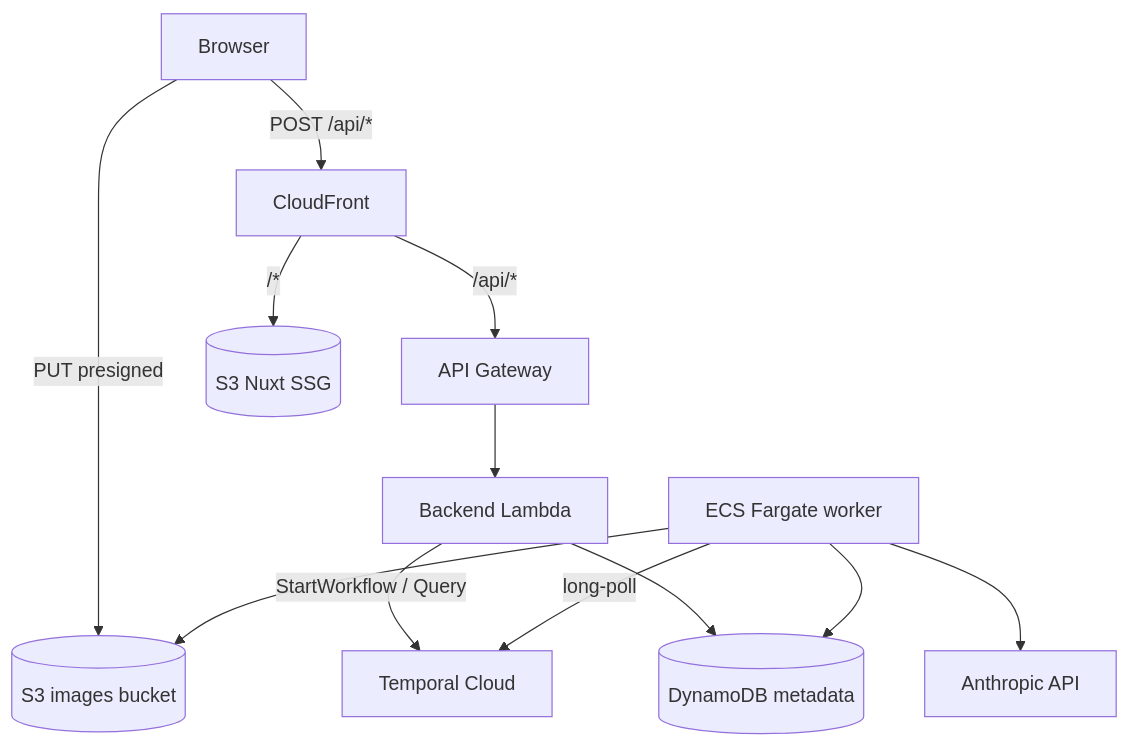
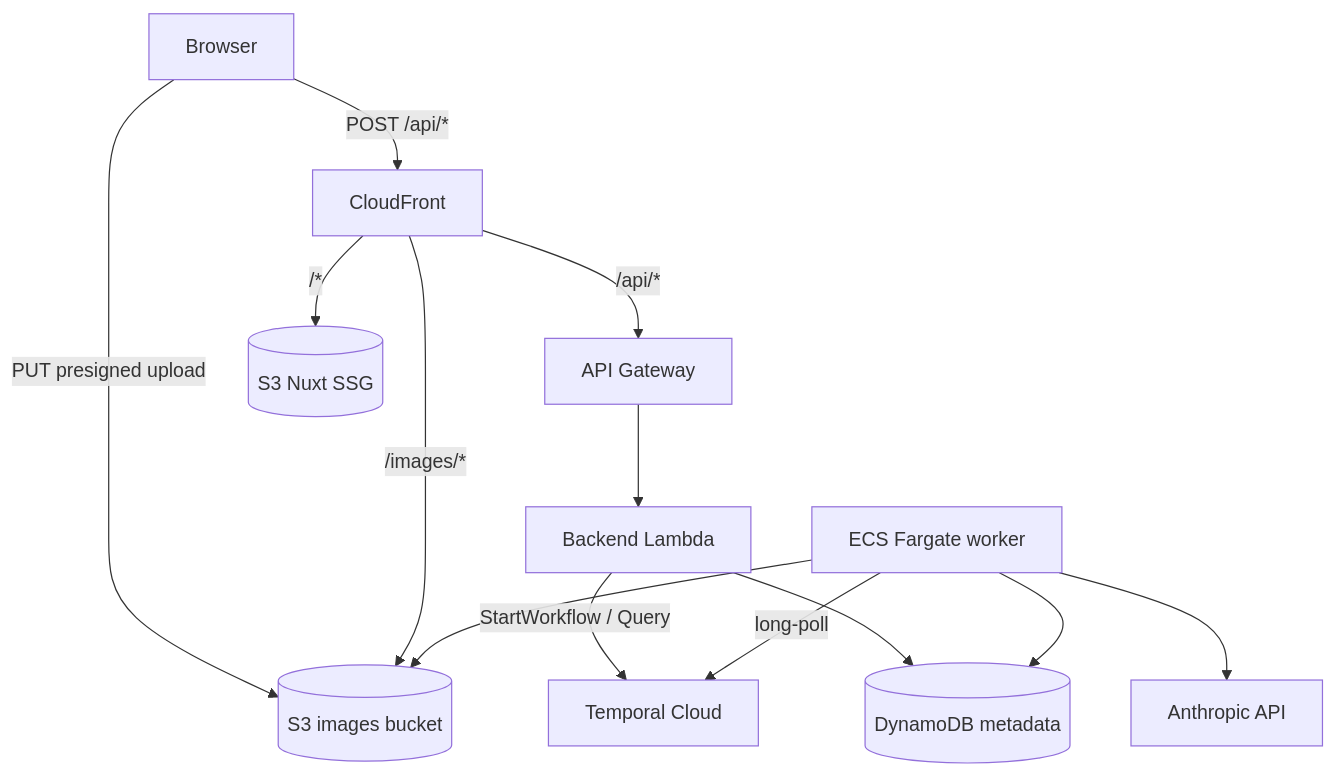
One commit to alexandreroman/aws-image-processing-demo changed the first of 2 diagrams in README.md. Above: the diagram before and after it, drawn with Mermaid. The commit also changed other lines of this file and 4 other files, not shown here.

````diff
--- a/README.md
+++ b/README.md
@@ -196,14 +195,15 @@
 ```mermaid
 graph TD
-    User[Browser] -->|PUT presigned| S3[(S3 images bucket)]
+    User[Browser] -->|PUT presigned upload| S3[(S3 images bucket)]
     User -->|POST /api/*| CF[CloudFront]
     CF -->|/api/*| APIGW[API Gateway]
     APIGW --> BE[Backend Lambda]
+    CF -->|/images/*| S3
     CF -->|/*| FE[(S3 Nuxt SSG)]
     BE -->|StartWorkflow / Query| TC[Temporal Cloud]
     BE --> DDB[(DynamoDB metadata)]
     Worker[ECS Fargate worker] -->|long-poll| TC
     Worker --> S3
     Worker --> DDB
     Worker --> Anthropic[Anthropic API]
 ```
````
